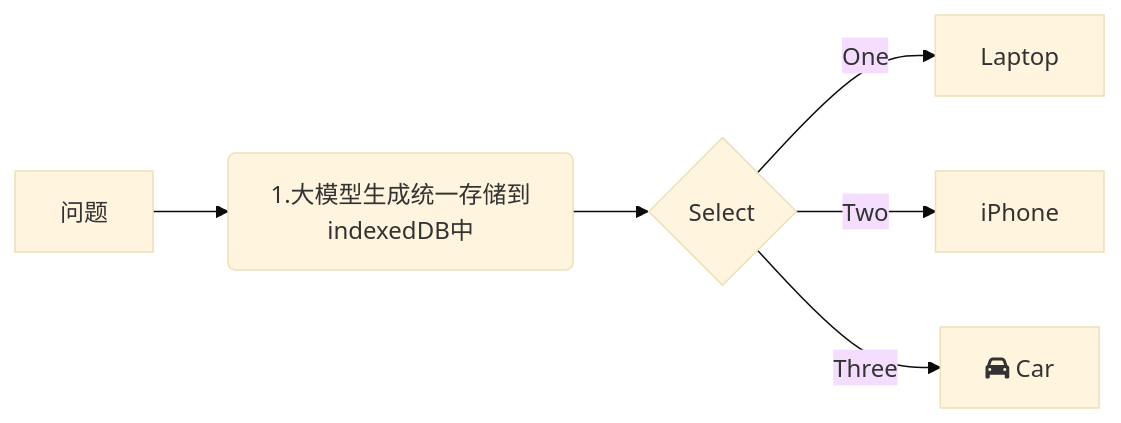
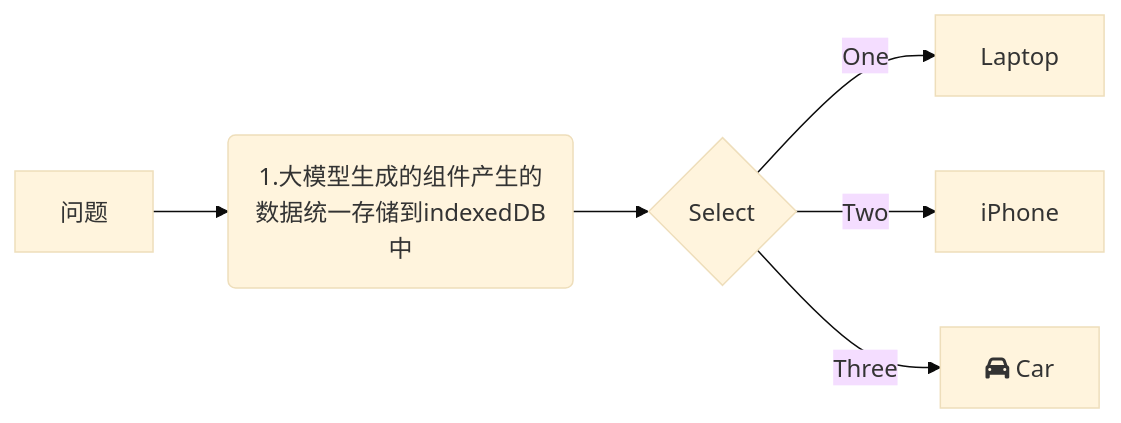
Before and after one commit to yingjianzh/iodraw-files: the diagram in all/未命名-21.md, drawn with Mermaid (base theme).

Commit message:
2025-02-17 14:18:07 update

````diff
--- a/all/未命名-21.md
+++ b/all/未命名-21.md
@@ -1,9 +1,9 @@
 ```mermaid
 graph LR
-    A[问题] -->B(1.大模型生成统一存储到indexedDB中)
+    A[问题] -->B(1.大模型生成的组件产生的数据统一存储到indexedDB中)
     B --> C{Select}
     C -->|One| D[Laptop]
     C -->|Two| E[iPhone]
     C -->|Three| F[fa:fa-car Car]
   
 ```
````
